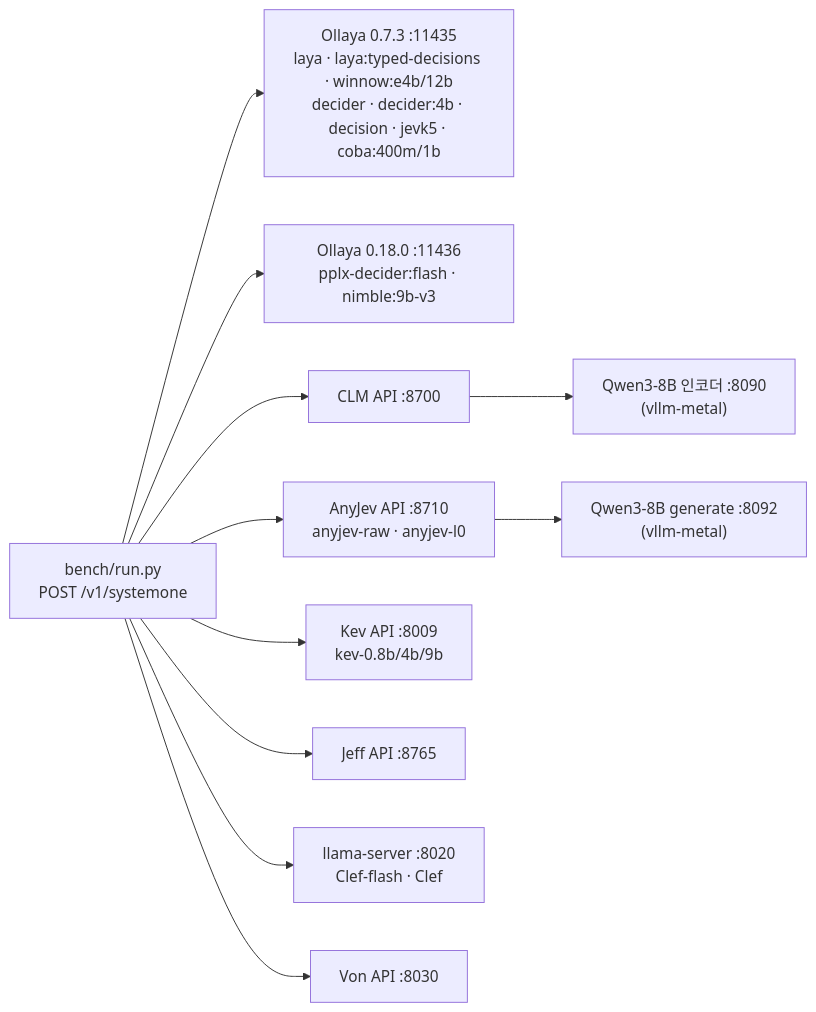
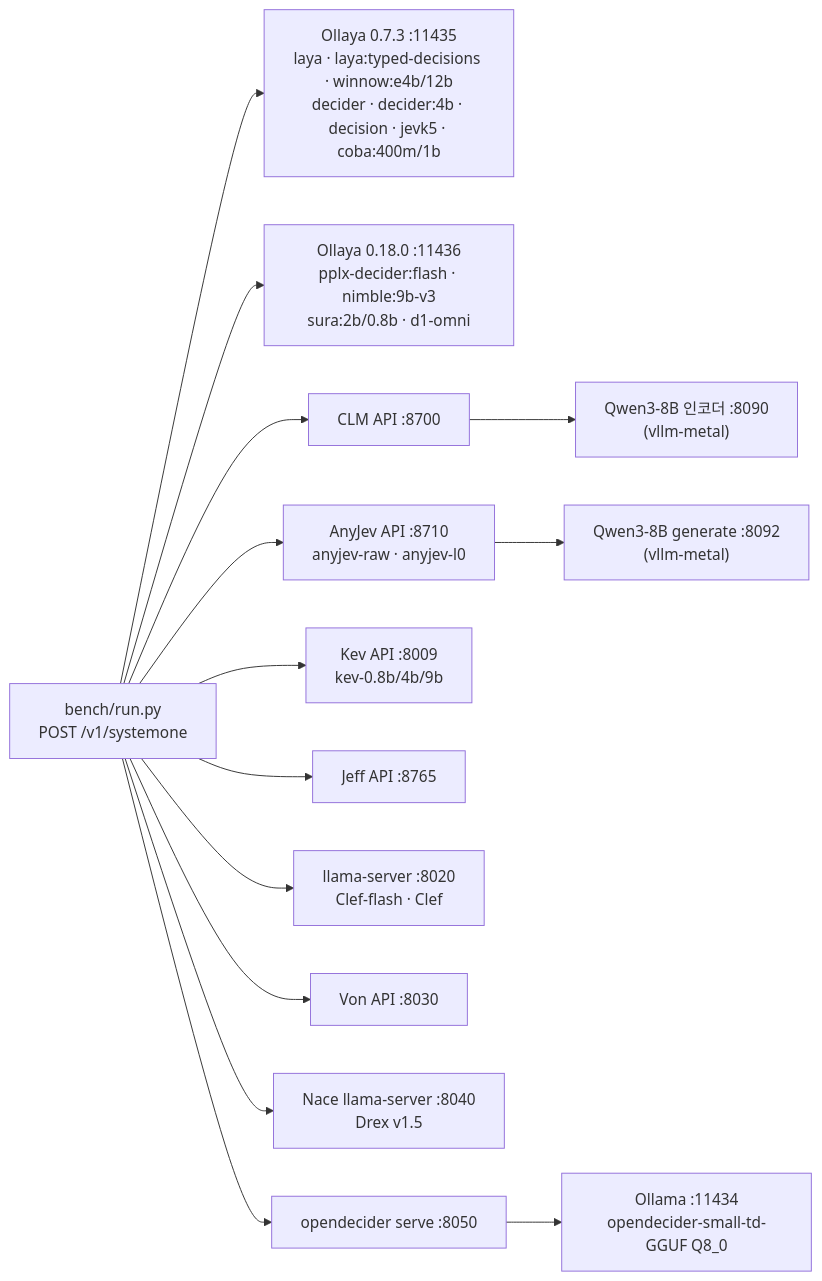
The diagram in README.ko.md (tak-bro/local-jev-bench), drawn with Mermaid before and after one commit. The commit also changed other lines of this file and 54 other files, not shown here.

First line of the commit message:
feat(bench): add Drex, OpenDecider, Sura and d1-omni engines (#25)

````diff
--- a/README.ko.md
+++ b/README.ko.md
@@ -86,16 +96,19 @@
 ```mermaid
 flowchart LR
     client["bench/run.py<br/>POST /v1/systemone"]
 
     client --> ollaya1["Ollaya 0.7.3 :11435<br/>laya · laya:typed-decisions · winnow:e4b/12b<br/>decider · decider:4b · decision · jevk5 · coba:400m/1b"]
-    client --> ollaya2["Ollaya 0.18.0 :11436<br/>pplx-decider:flash · nimble:9b-v3"]
+    client --> ollaya2["Ollaya 0.18.0 :11436<br/>pplx-decider:flash · nimble:9b-v3<br/>sura:2b/0.8b · d1-omni"]
     client --> clmapi["CLM API :8700"]
     client --> anyjevapi["AnyJev API :8710<br/>anyjev-raw · anyjev-l0"]
     client --> kevapi["Kev API :8009<br/>kev-0.8b/4b/9b"]
     client --> jeffapi["Jeff API :8765"]
     client --> llama["llama-server :8020<br/>Clef-flash · Clef"]
     client --> vonapi["Von API :8030"]
+    client --> drexapi["Nace llama-server :8040<br/>Drex v1.5"]
+    client --> odapi["opendecider serve :8050"]
 
     clmapi --> embed8090["Qwen3-8B 인코더 :8090<br/>(vllm-metal)"]
     anyjevapi --> gen8092["Qwen3-8B generate :8092<br/>(vllm-metal)"]
+    odapi --> ollama["Ollama :11434<br/>opendecider-small-td-GGUF Q8_0"]
 ```
````
